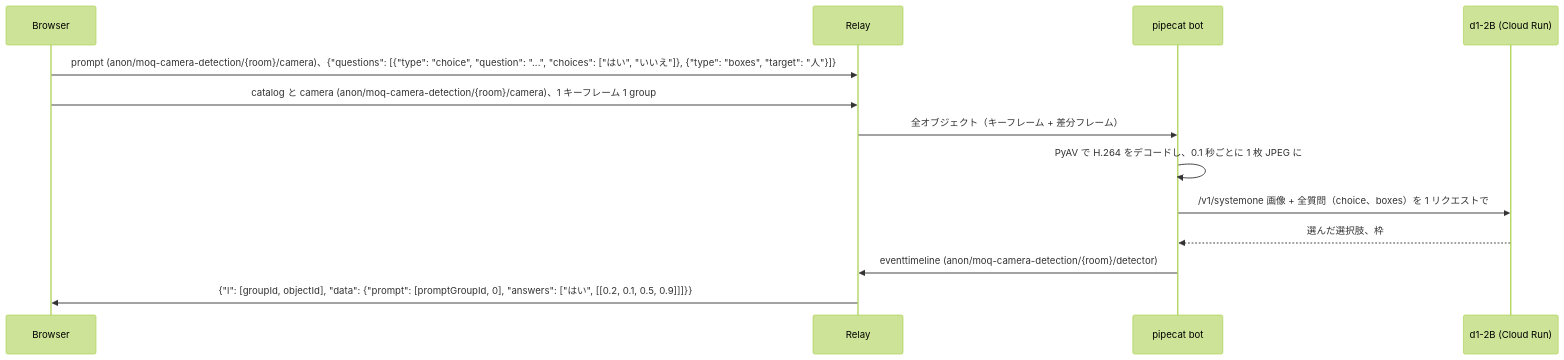
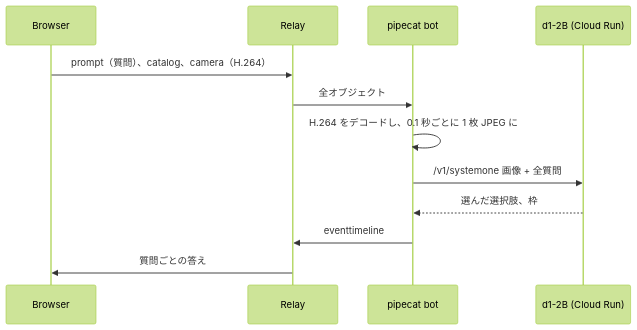
Before and after one commit to nttcom/moq-wasm: the diagram in examples/python/moq-camera-detection/README.md, drawn with Mermaid (forest theme). The commit also changed other lines of this file and 33 other files, not shown here.

````diff
--- a/examples/python/moq-camera-detection/README.md
+++ b/examples/python/moq-camera-detection/README.md
@@ -8,15 +6,14 @@
 ```mermaid
 sequenceDiagram
     participant B as Browser
     participant R as Relay
     participant P as pipecat bot
     participant D as d1-2B (Cloud Run)
-    B->>R: prompt (anon/moq-camera-detection/{room}/camera)、{"questions": [{"type": "choice", "question": "...", "choices": ["はい", "いいえ"]}, {"type": "boxes", "target": "人"}]}
-    B->>R: catalog と camera (anon/moq-camera-detection/{room}/camera)、1 キーフレーム 1 group
-    R->>P: 全オブジェクト（キーフレーム + 差分フレーム）
-    P->>P: PyAV で H.264 をデコードし、0.1 秒ごとに 1 枚 JPEG に
-    P->>D: /v1/systemone 画像 + 全質問（choice、boxes）を 1 リクエストで
+    B->>R: prompt（質問）、catalog、camera（H.264）
+    R->>P: 全オブジェクト
+    P->>P: H.264 をデコードし、0.1 秒ごとに 1 枚 JPEG に
+    P->>D: /v1/systemone 画像 + 全質問
     D-->>P: 選んだ選択肢、枠
-    P->>R: eventtimeline (anon/moq-camera-detection/{room}/detector)
-    R->>B: {"l": [groupId, objectId], "data": {"prompt": [promptGroupId, 0], "answers": ["はい", [[0.2, 0.1, 0.5, 0.9]]]}}
+    P->>R: eventtimeline
+    R->>B: 質問ごとの答え
 ```
````
